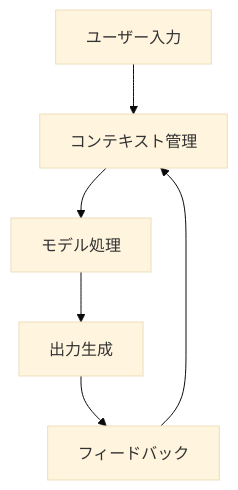
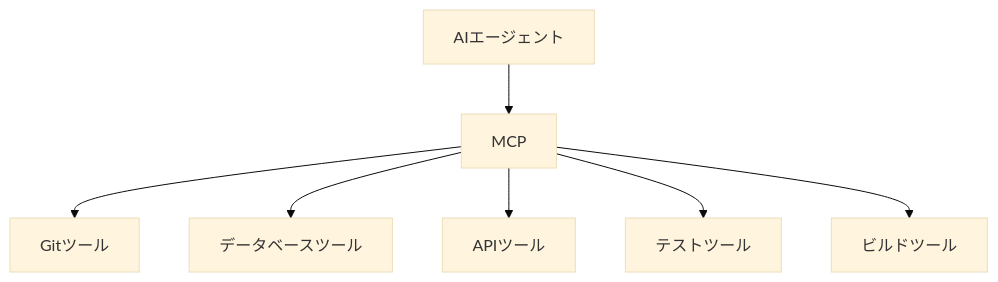
One commit to cyber-freaks-jp/AI_Driven_Development_Course changed the diagram in book/pages/MCP（ModelContextProtocol）とは.md. Above: the diagram before and after it, drawn with Mermaid (base theme). The commit also changed other lines of this file and 1 other file, not shown here.

````diff
--- a/book/pages/MCP（ModelContextProtocol）とは.md
+++ b/book/pages/MCP（ModelContextProtocol）とは.md
@@ -34,8 +376,9 @@
 ```mermaid
 graph TD
-    A[ユーザー入力] --> B[コンテキスト管理]
-    B --> C[モデル処理]
-    C --> D[出力生成]
-    D --> E[フィードバック]
-    E --> B
+    A[AIエージェント] --> B[MCP]
+    B --> C[Gitツール]
+    B --> D[データベースツール]
+    B --> E[APIツール]
+    B --> F[テストツール]
+    B --> G[ビルドツール]
 ```
````
